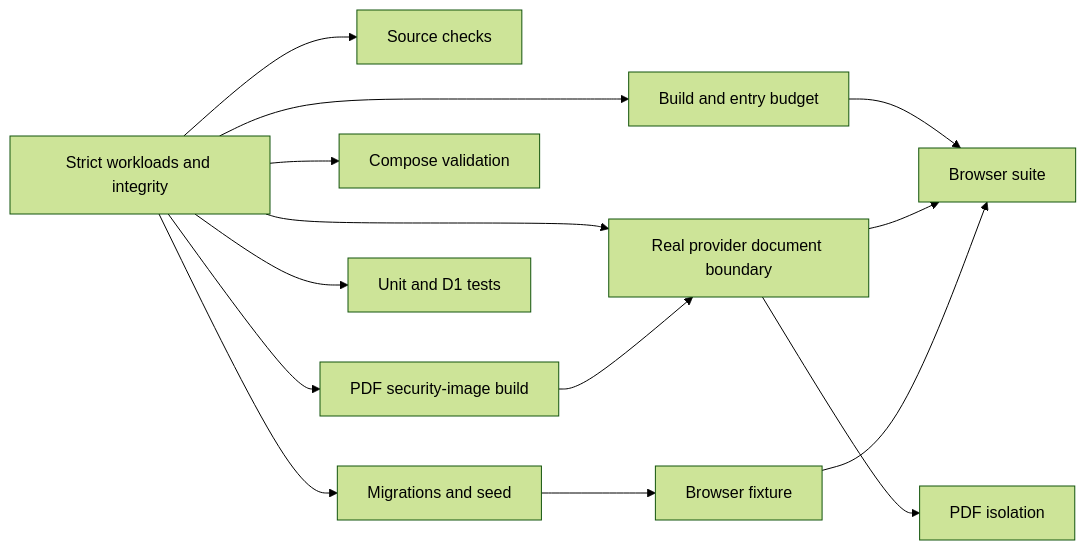
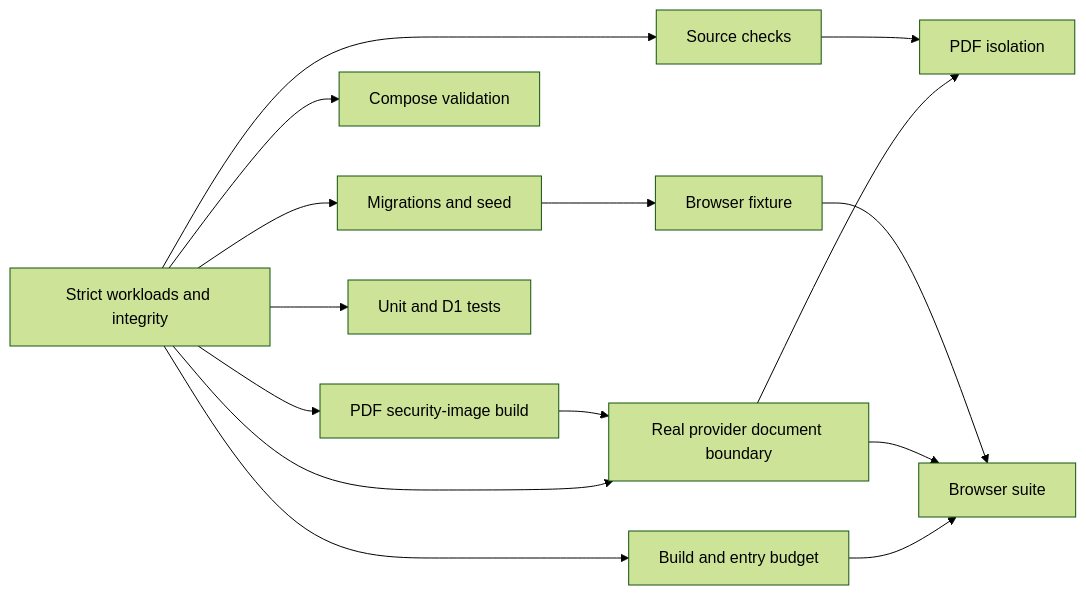
Before and after one commit to cyyapye/keel-fi: the diagram in docs/engineering/ci-performance.md, drawn with Mermaid (forest theme). The commit also changed other lines of this file and 4 other files, not shown here.

````diff
--- a/docs/engineering/ci-performance.md
+++ b/docs/engineering/ci-performance.md
@@ -185,16 +198,17 @@
 ```mermaid
 flowchart LR
   integrity[Strict workloads and integrity] --> source[Source checks]
   integrity --> build[Build and entry budget]
   integrity --> pdfBuild[PDF security-image build]
   integrity --> compose[Compose validation]
   integrity --> migrations[Migrations and seed]
   integrity --> provider[Real provider document boundary]
   pdfBuild --> provider
   provider --> pdf[PDF isolation]
   integrity --> unit[Unit and D1 tests]
+  source --> pdf
   migrations --> browserFixture[Browser fixture]
   build --> browser[Browser suite]
   provider --> browser
   browserFixture --> browser
 ```
````
